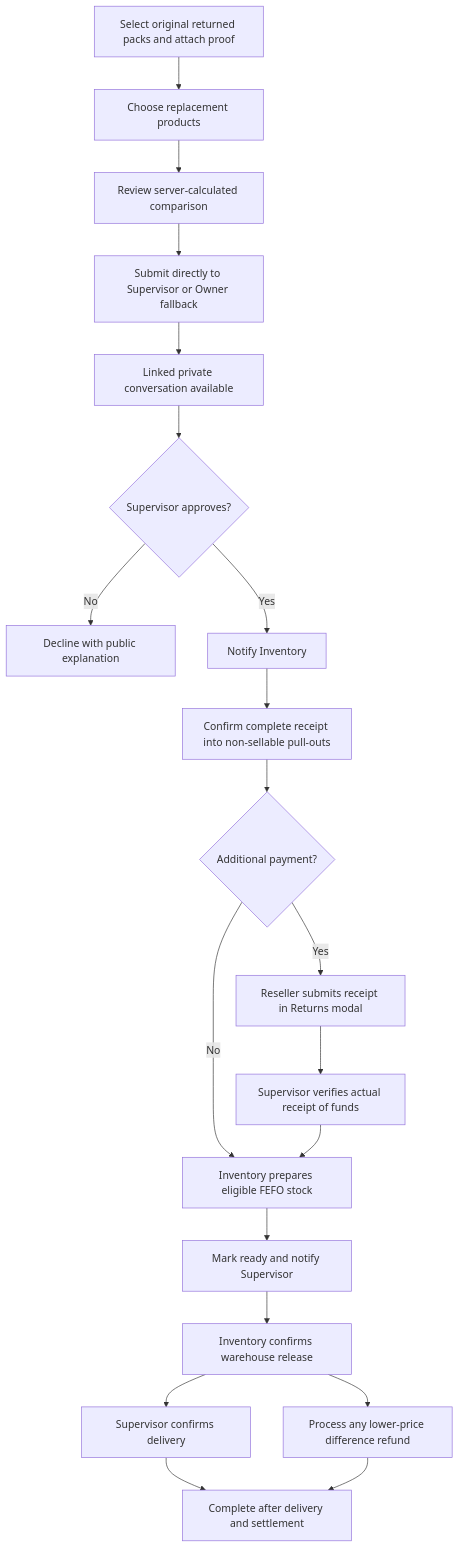
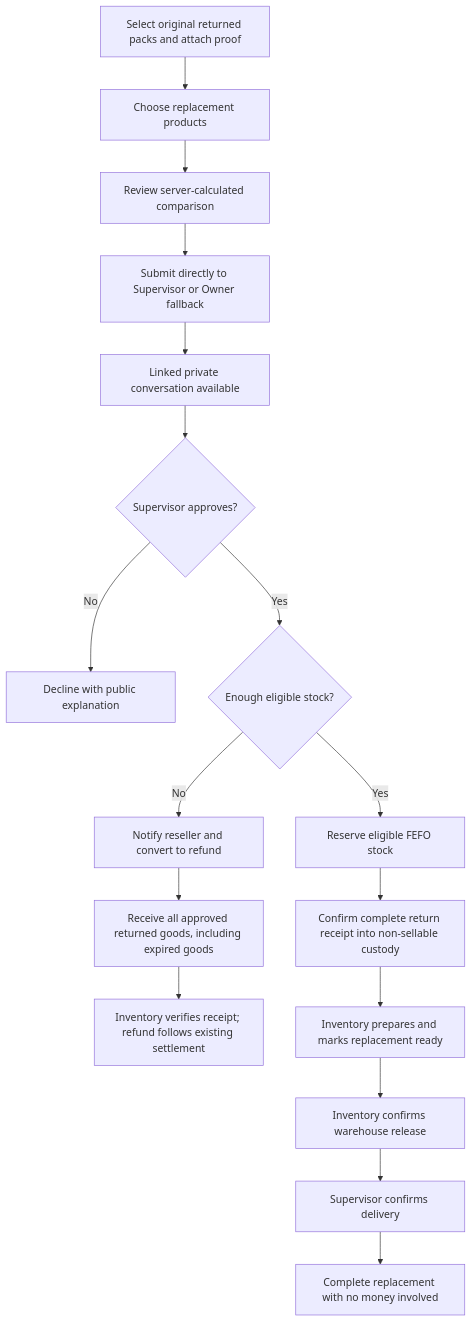
One commit to xortrtrt/Meattrack-Capacitor changed the diagram in docs/knowledge/Replacement Workflow.md. Above: the diagram before and after it, drawn with Mermaid. The commit also changed other lines of this file and 114 other files, not shown here.

````diff
--- a/docs/knowledge/Replacement Workflow.md
+++ b/docs/knowledge/Replacement Workflow.md
@@ -60,22 +92,19 @@
 ```mermaid
 flowchart TD
     A[Select original returned packs and attach proof] --> B[Choose replacement products]
     B --> C[Review server-calculated comparison]
     C --> D[Submit directly to Supervisor or Owner fallback]
     D --> E[Linked private conversation available]
     E --> F{Supervisor approves?}
     F -->|No| G[Decline with public explanation]
-    F -->|Yes| H[Notify Inventory]
-    H --> I[Confirm complete receipt into non-sellable pull-outs]
-    I --> J{Additional payment?}
-    J -->|Yes| K[Reseller submits receipt in Returns modal]
-    K --> L[Supervisor verifies actual receipt of funds]
-    J -->|No| M[Inventory prepares eligible FEFO stock]
-    L --> M
-    M --> N[Mark ready and notify Supervisor]
-    N --> O[Inventory confirms warehouse release]
-    O --> P[Supervisor confirms delivery]
-    O --> Q[Process any lower-price difference refund]
-    P --> R[Complete after delivery and settlement]
-    Q --> R
+    F -->|Yes| H{Enough eligible stock?}
+    H -->|No| RF[Notify reseller and convert to refund]
+    RF --> I[Receive all approved returned goods, including expired goods]
+    I --> V[Inventory verifies receipt; refund follows existing settlement]
+    H -->|Yes| RS[Reserve eligible FEFO stock]
+    RS --> J[Confirm complete return receipt into non-sellable custody]
+    J --> K[Inventory prepares and marks replacement ready]
+    K --> L[Inventory confirms warehouse release]
+    L --> M[Supervisor confirms delivery]
+    M --> N[Complete replacement with no money involved]
 ```
````
